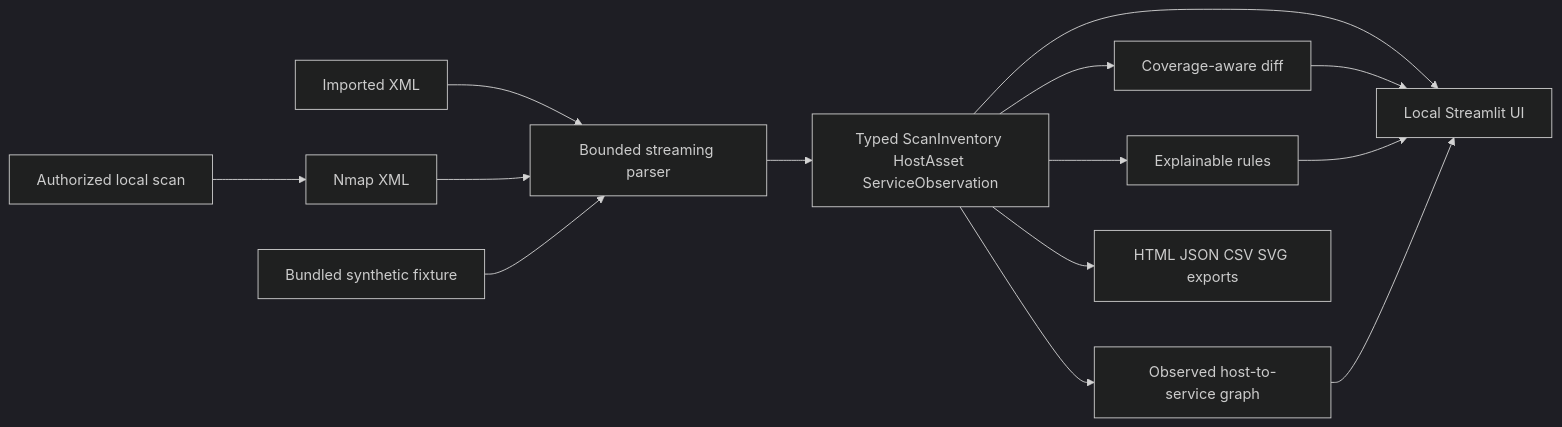
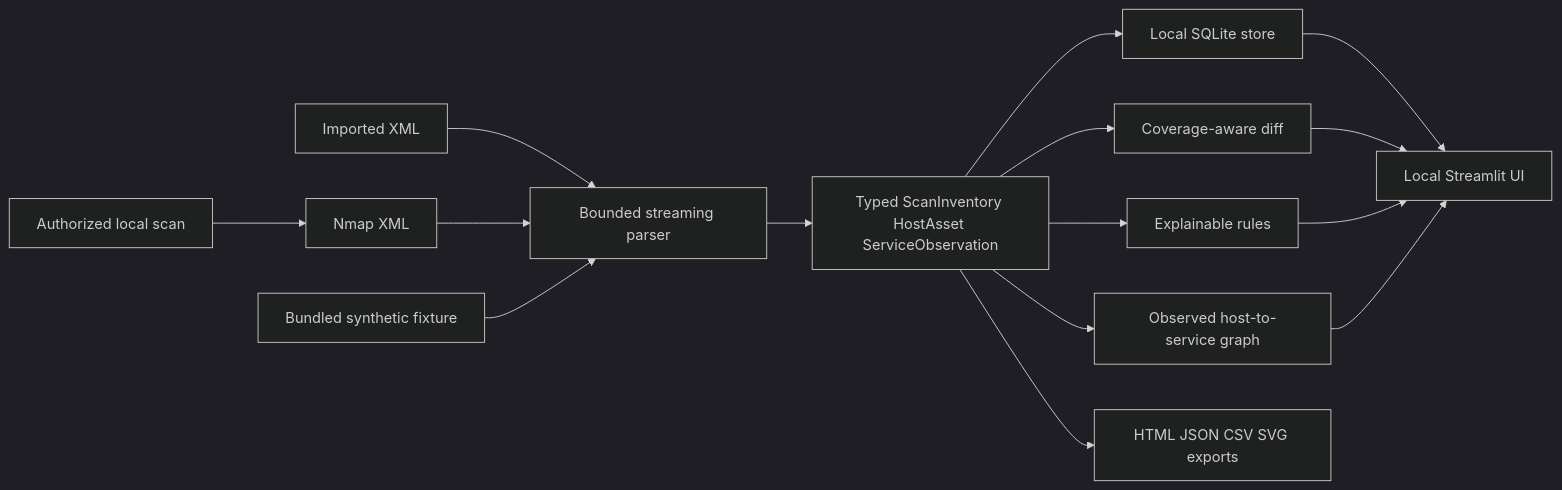
Before and after one commit to job123-45/NetMap-Network-Discovery-and-Security-Dashboard.: the diagram in docs/ARCHITECTURE.md, drawn with Mermaid (dark theme). The commit also changed other lines of this file and 9 other files, not shown here.

````diff
--- a/docs/ARCHITECTURE.md
+++ b/docs/ARCHITECTURE.md
@@ -5,16 +5,17 @@
 ```mermaid
 flowchart LR
   A[Authorized local scan] --> X[Nmap XML]
   B[Imported XML] --> P
   X --> P[Bounded streaming parser]
   C[Bundled synthetic fixture] --> P
   P --> M[Typed ScanInventory HostAsset ServiceObservation]
   M --> D[Coverage-aware diff]
   M --> R[Explainable rules]
   M --> G[Observed host-to-service graph]
-  M --> U[Local Streamlit UI]
+  M --> S[Local SQLite store]
+  S --> U[Local Streamlit UI]
   D --> U
   R --> U
   G --> U
   M --> E[HTML JSON CSV SVG exports]
 ```
````
